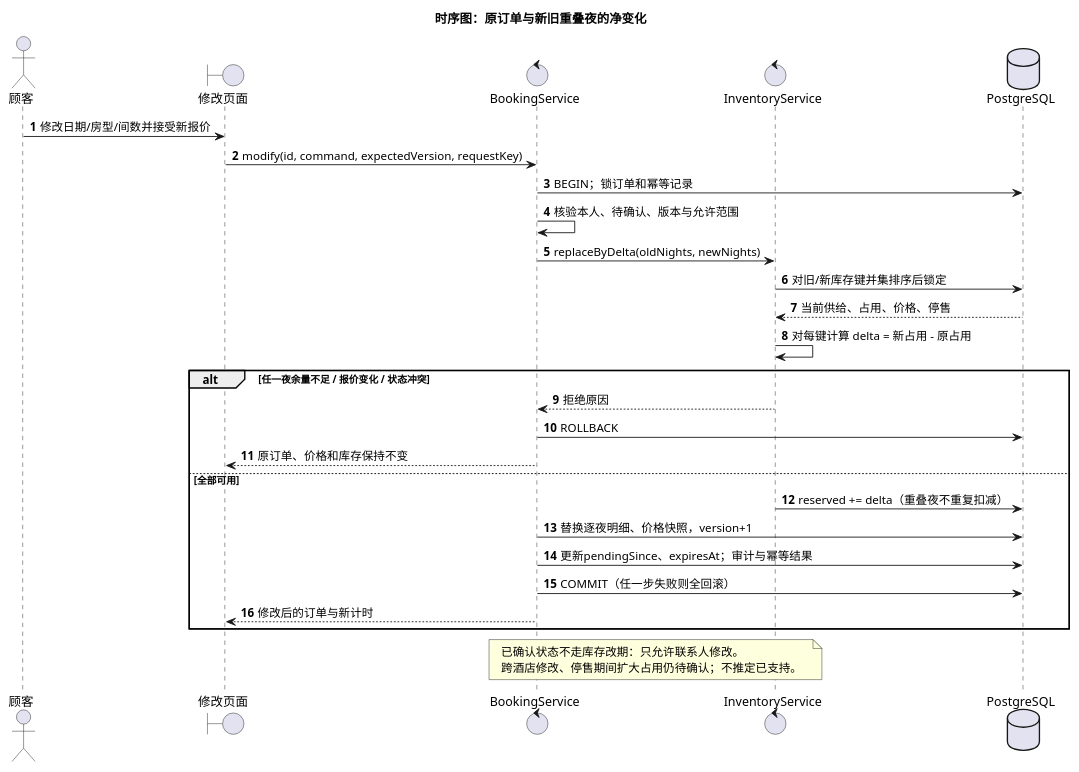
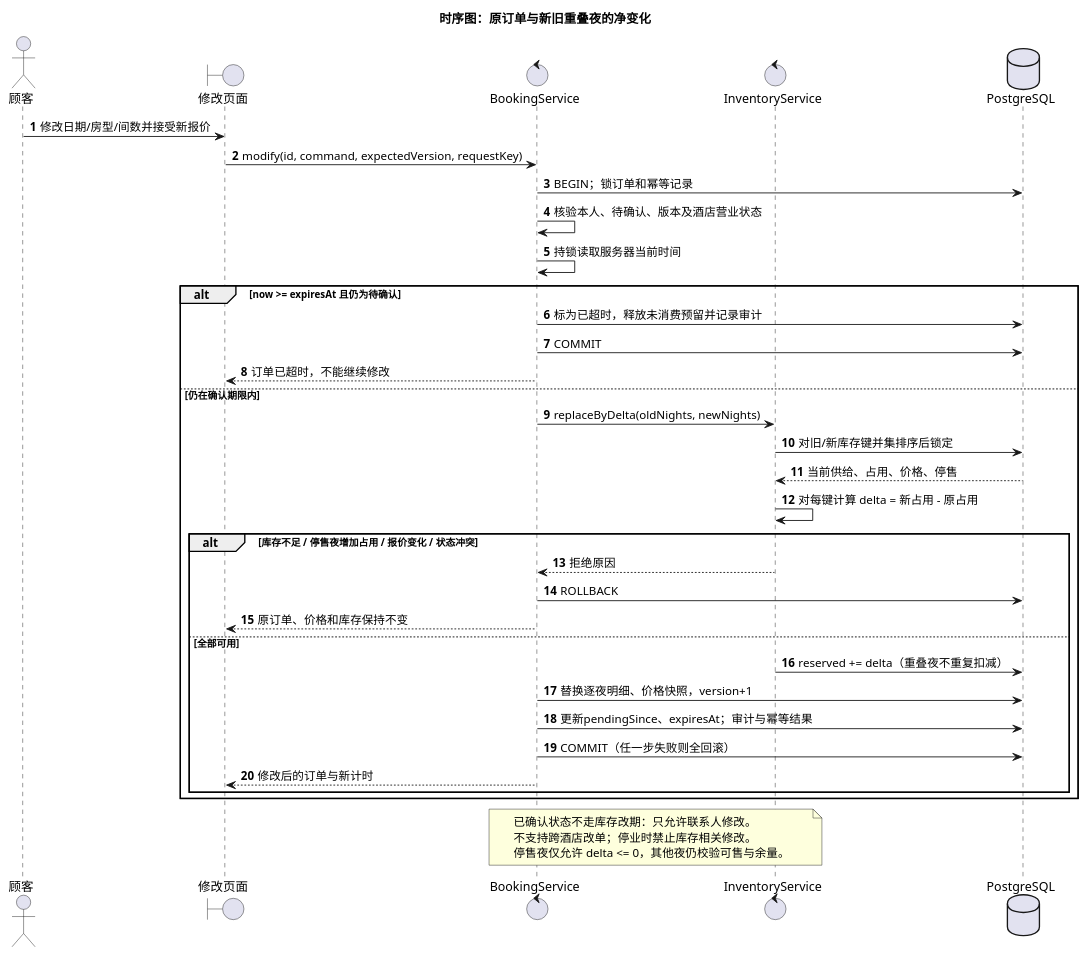
The diagram in 实验2_241820122_商世雄/UML/08_修改预订时序图.puml (bear0327/software-engineering-lab), drawn with PlantUML before and after one commit. The commit also changed 18 other files, not shown here.

```diff
--- a/实验2_241820122_商世雄/UML/08_修改预订时序图.puml
+++ b/实验2_241820122_商世雄/UML/08_修改预订时序图.puml
@@ -1,35 +1,43 @@
 @startuml
 title 时序图：原订单与新旧重叠夜的净变化
 skinparam defaultFontName Microsoft YaHei
 skinparam shadowing false
 skinparam backgroundColor white
 autonumber
 actor 顾客 as U
 boundary 修改页面 as UI
 control BookingService as B
 control InventoryService as I
 database PostgreSQL as DB
 U -> UI : 修改日期/房型/间数并接受新报价
 UI -> B : modify(id, command, expectedVersion, requestKey)
 B -> DB : BEGIN；锁订单和幂等记录
-B -> B : 核验本人、待确认、版本与允许范围
+B -> B : 核验本人、待确认、版本及酒店营业状态
+B -> B : 持锁读取服务器当前时间
+alt now >= expiresAt 且仍为待确认
+  B -> DB : 标为已超时，释放未消费预留并记录审计
+  B -> DB : COMMIT
+  B --> UI : 订单已超时，不能继续修改
+else 仍在确认期限内
 B -> I : replaceByDelta(oldNights, newNights)
 I -> DB : 对旧/新库存键并集排序后锁定
 DB --> I : 当前供给、占用、价格、停售
 I -> I : 对每键计算 delta = 新占用 - 原占用
-alt 任一夜余量不足 / 报价变化 / 状态冲突
+alt 库存不足 / 停售夜增加占用 / 报价变化 / 状态冲突
   I --> B : 拒绝原因
   B -> DB : ROLLBACK
   B --> UI : 原订单、价格和库存保持不变
 else 全部可用
   I -> DB : reserved += delta（重叠夜不重复扣减）
   B -> DB : 替换逐夜明细、价格快照，version+1
   B -> DB : 更新pendingSince、expiresAt；审计与幂等结果
   B -> DB : COMMIT（任一步失败则全回滚）
   B --> UI : 修改后的订单与新计时
 end
+end
 note over B,I
 已确认状态不走库存改期：只允许联系人修改。
-跨酒店修改、停售期间扩大占用仍待确认；不推定已支持。
+不支持跨酒店改单；停业时禁止库存相关修改。
+停售夜仅允许 delta <= 0，其他夜仍校验可售与余量。
 end note
 @enduml
```
